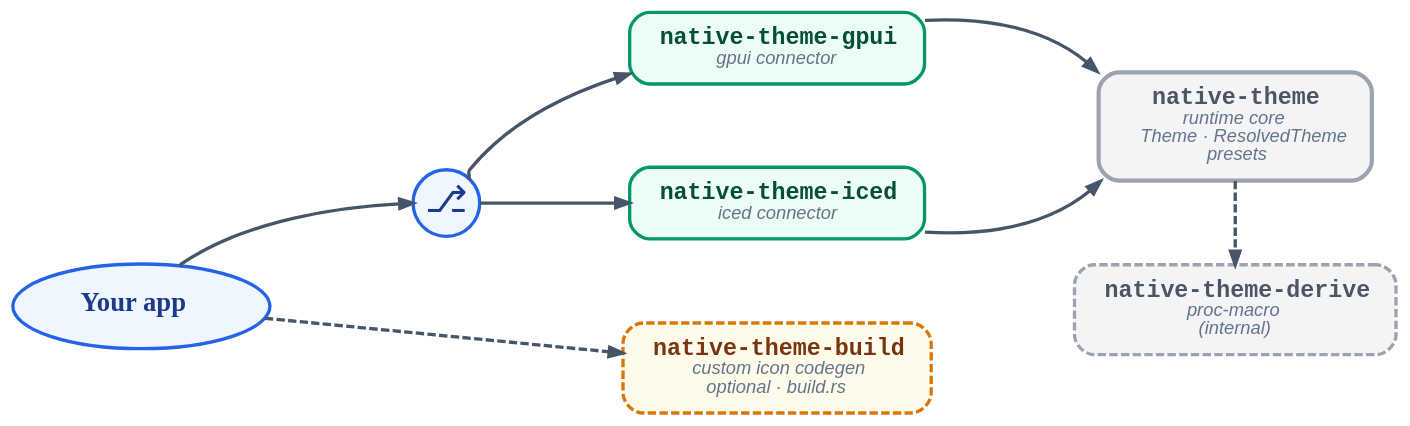
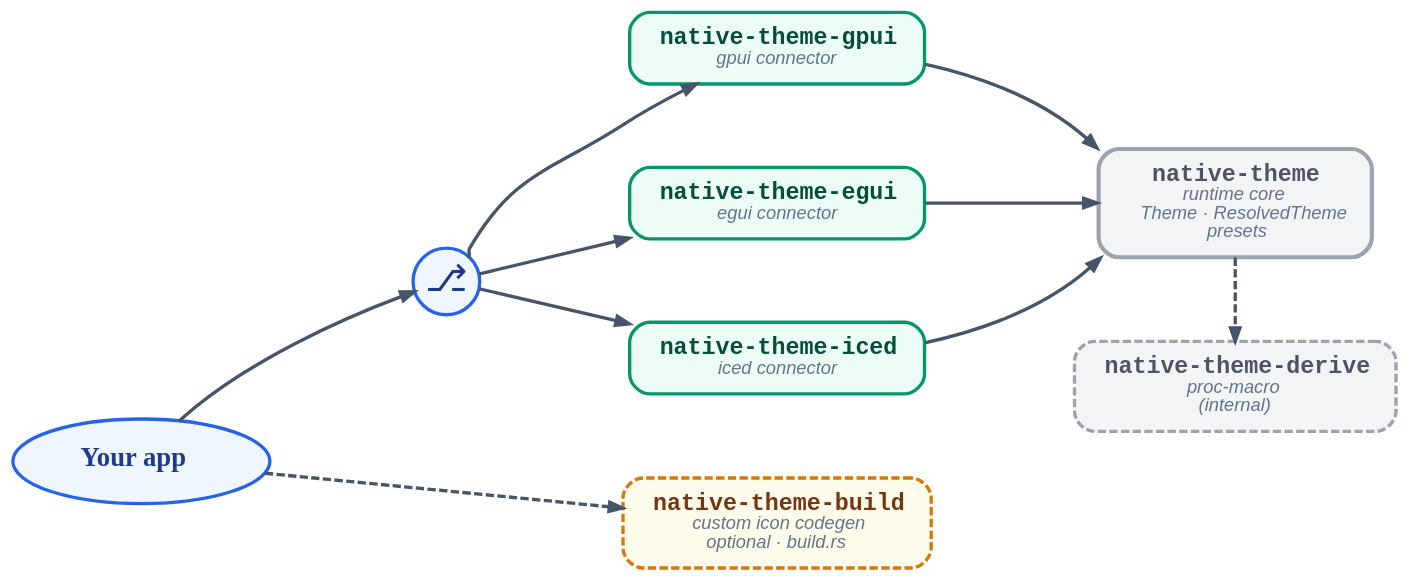
One commit to tiborgats/native-theme changed the diagram in docs/assets/crate-relations.dot. Above: the diagram before and after it, drawn with Graphviz. The commit also changed 15 other files, not shown here.

Commit message:
docs: the egui connector across the project's documents

```diff
--- a/docs/assets/crate-relations.dot
+++ b/docs/assets/crate-relations.dot
@@ -1,85 +1,91 @@
 // native-theme workspace — crate relations (Graphviz draft)
 //
 // Rendered: dot -Tsvg crate-relations-gv.dot -o crate-relations-gv.svg
 //
 // Colors mirror crate-relations.mmd (Mermaid classDefs).
 // Typography: crate name monospace BOLD, subtitle sans-serif ITALIC 11pt #64748b.
 
 digraph crate_relations {
     rankdir=LR;
     bgcolor="transparent";
     pad=0.3;
     // Generous spacing so splines have room to actually curve visibly
     nodesep=0.7;
     ranksep=1.2;
     splines=true;
 
     // Defaults
     node [shape=box, style="rounded,filled", fontname="sans-serif", fontsize=14,
           penwidth=2, margin="0.25,0.12"];
     edge [color="#475569", fontname="sans-serif", fontsize=11, fontcolor="#475569",
           penwidth=2, arrowsize=0.8];
 
     // App — blue palette, oval, no subtitle (matches Mermaid).
     // Uses Fuzzy Bubbles (the same hand-drawn font D2 picks for sketch mode)
     // to give this label a sketched-in feel against the otherwise clean
     // sans-serif / monospace typography of the rest of the graph.
     app [label=<<B>Your app</B>>, shape=oval, fontsize=16, fontname="Fuzzy Bubbles",
          fillcolor="#eff6ff", color="#2563eb", fontcolor="#1e3a8a"];
 
     // Switch pictogram
     switch [label="⎇", shape=circle, fontsize=22, width=0.55, height=0.55, fixedsize=true,
             fillcolor="#eff6ff", color="#2563eb", fontcolor="#1e3a8a"];
 
     // Connectors — emerald palette, with subtitle
     gpui  [label=<<FONT FACE="monospace"><B>native-theme-gpui</B></FONT><BR/><FONT POINT-SIZE="11" COLOR="#64748b"><I>gpui connector</I></FONT>>,
            fillcolor="#ecfdf5", color="#059669", fontcolor="#064e3b"];
     iced  [label=<<FONT FACE="monospace"><B>native-theme-iced</B></FONT><BR/><FONT POINT-SIZE="11" COLOR="#64748b"><I>iced connector</I></FONT>>,
            fillcolor="#ecfdf5", color="#059669", fontcolor="#064e3b"];
+    egui  [label=<<FONT FACE="monospace"><B>native-theme-egui</B></FONT><BR/><FONT POINT-SIZE="11" COLOR="#64748b"><I>egui connector</I></FONT>>,
+           fillcolor="#ecfdf5", color="#059669", fontcolor="#064e3b"];
 
     // Runtime core — gray palette (matches native-theme-derive), 3-line
     // subtitle; extra margin gives 'Theme · ResolvedTheme' room so it
     // doesn't hit the border.
     core  [label=<<FONT FACE="monospace"><B>native-theme</B></FONT><BR/><FONT POINT-SIZE="11" COLOR="#64748b"><I>runtime core<BR/>Theme · ResolvedTheme<BR/>presets</I></FONT>>,
            margin="0.35,0.12",
            penwidth=2.5,
            fillcolor="#f3f4f6", color="#9ca3af", fontcolor="#4b5563"];
 
     // Derive — gray palette, dashed
     derive [label=<<FONT FACE="monospace"><B>native-theme-derive</B></FONT><BR/><FONT POINT-SIZE="11" COLOR="#64748b"><I>proc-macro<BR/>(internal)</I></FONT>>,
             style="rounded,filled,dashed",
             fillcolor="#f3f4f6", color="#9ca3af", fontcolor="#4b5563"];
 
     // Build — amber palette, dashed
     build  [label=<<FONT FACE="monospace"><B>native-theme-build</B></FONT><BR/><FONT POINT-SIZE="11" COLOR="#64748b"><I>custom icon codegen<BR/>optional · build.rs</I></FONT>>,
             style="rounded,filled,dashed",
             fillcolor="#fffbeb", color="#d97706", fontcolor="#78350f"];
 
     // Main flow — compass ports pick which end of each edge is angled.
     //   * app -> switch, switch -> gpui: angled exit (source is a small
     //     pictogram that reads as "radiating out"), horizontal entry.
     //   * gpui, iced -> core: horizontal exit, angled entry into core's
     //     NW / SW corners. Routing to different corners keeps the two
     //     arrows from crossing in the gap between rank 2 and rank 3.
+    //   * egui -> core: the third arrow enters core's W side, between the two.
     //   * app -> build: plain. Build sits only 49pt below app but 379pt
     //     to the right (natural angle ~7°); a 45° :se tail tangent would
     //     overshoot below the build box before hooking back up. The
     //     default rendering is a gentle arc that matches the geometry.
-    //   * switch -> iced: plain — same y, a horizontal line is honest.
+    //   * switch -> egui, switch -> iced: plain — the switch sits between
+    //     the two, so a short straight line to each is honest.
     app:ne    -> switch;
     switch:ne -> gpui;
     switch    -> iced;
+    switch    -> egui;
     gpui      -> core:nw;
     iced      -> core:sw;
+    egui      -> core:w;
 
     // Optional path — dashed edge
     // build shares rank 2 with gpui/iced so it sits in the same column
     // (listed last so Graphviz stacks it below gpui and iced in LR layout)
-    { rank=same; gpui; iced; build; }
+    { rank=same; gpui; iced; egui; build; }
     app -> build [style=dashed];
 
     // derive below core, dashed arrow pointing from core DOWN to derive
     // (native-theme → native-theme-derive, matches Mermaid direction)
     { rank=same; core; derive; }
     core -> derive [style=dashed];
 }
```
